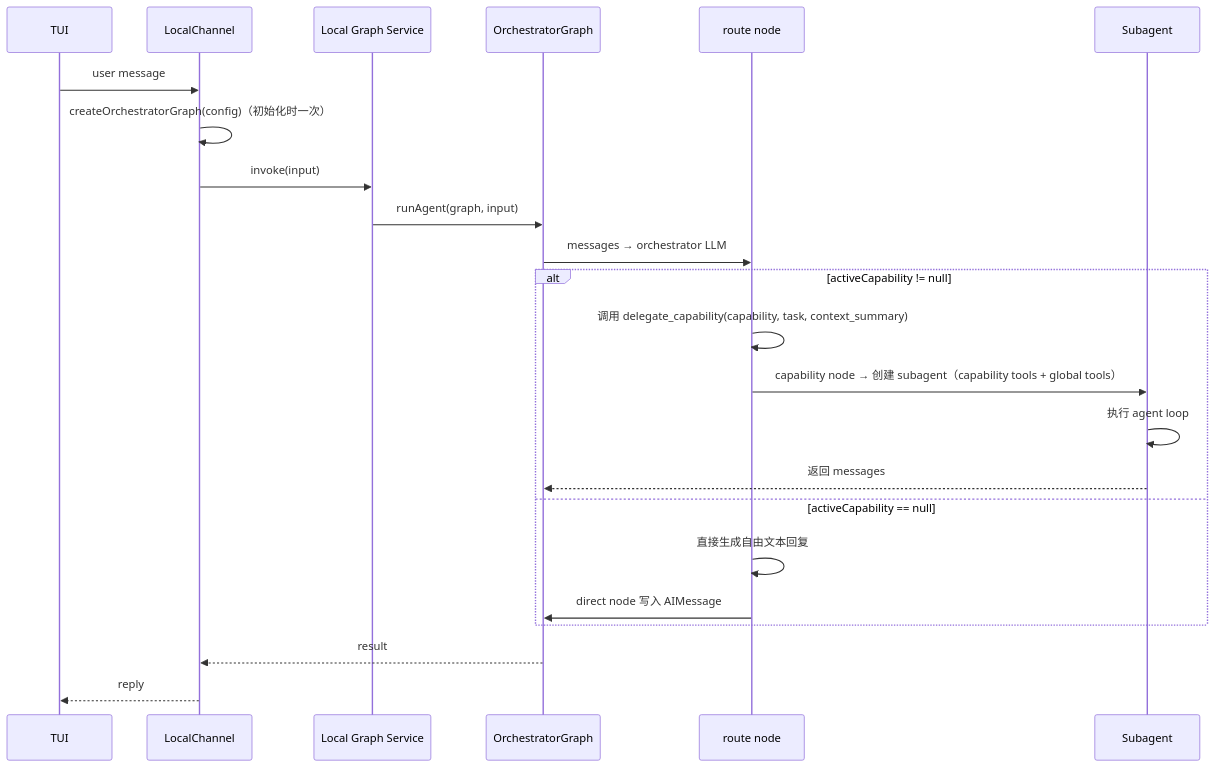
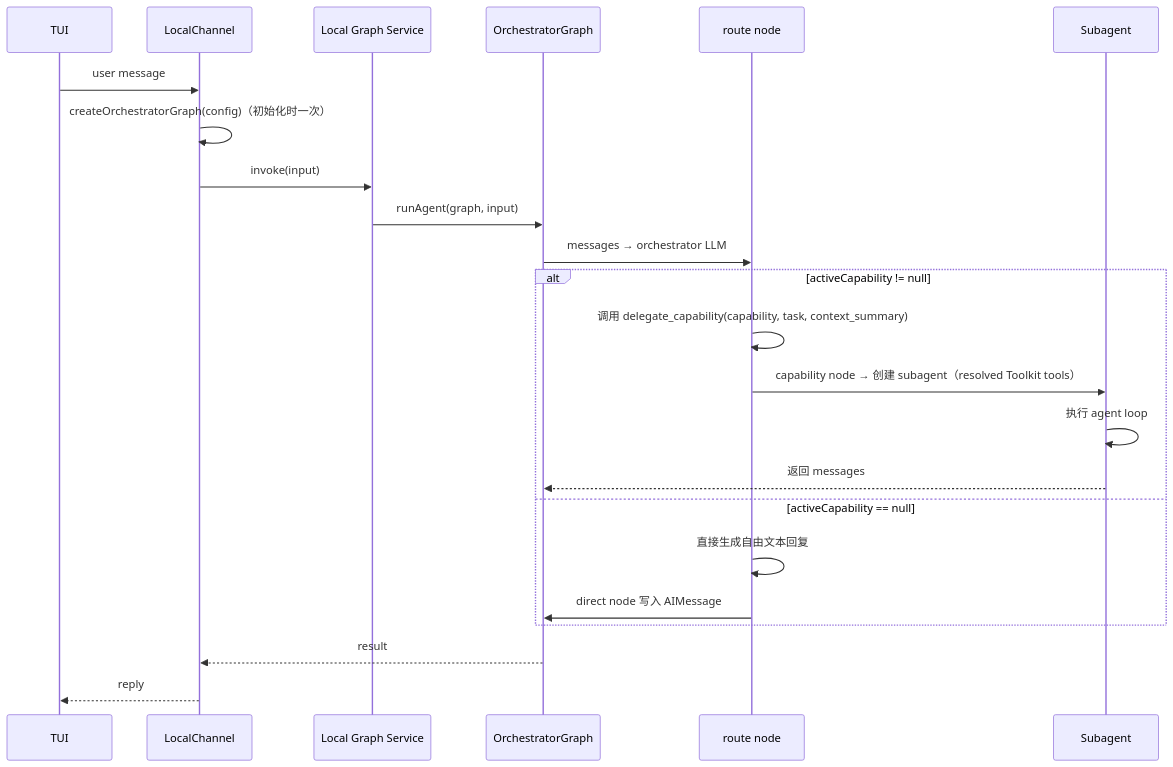
One commit to pinpawo/pinpawo-agent changed the first of 4 diagrams in docs/design/agent-runtime/agent-requirements.md. Above: the diagram before and after it, drawn with Mermaid. The commit also changed other lines of this file and 24 other files, not shown here.

````diff
--- a/docs/design/agent-runtime/agent-requirements.md
+++ b/docs/design/agent-runtime/agent-requirements.md
@@ -364,26 +363,26 @@
 ```mermaid
 sequenceDiagram
   participant TUI
   participant LocalChannel
   participant LocalGraphService as Local Graph Service
   participant Graph as OrchestratorGraph
   participant Route as route node
   participant Subagent
 
   TUI->>LocalChannel: user message
   LocalChannel->>LocalChannel: createOrchestratorGraph(config)（初始化时一次）
   LocalChannel->>LocalGraphService: invoke(input)
   LocalGraphService->>Graph: runAgent(graph, input)
   Graph->>Route: messages → orchestrator LLM
   alt activeCapability != null
     Route->>Route: 调用 delegate_capability(capability, task, context_summary)
-    Route->>Subagent: capability node → 创建 subagent（capability tools + global tools）
+    Route->>Subagent: capability node → 创建 subagent（resolved Toolkit tools）
     Subagent->>Subagent: 执行 agent loop
     Subagent-->>Graph: 返回 messages
   else activeCapability == null
     Route->>Route: 直接生成自由文本回复
     Route->>Graph: direct node 写入 AIMessage
   end
   Graph-->>LocalChannel: result
   LocalChannel-->>TUI: reply
 ```
````
